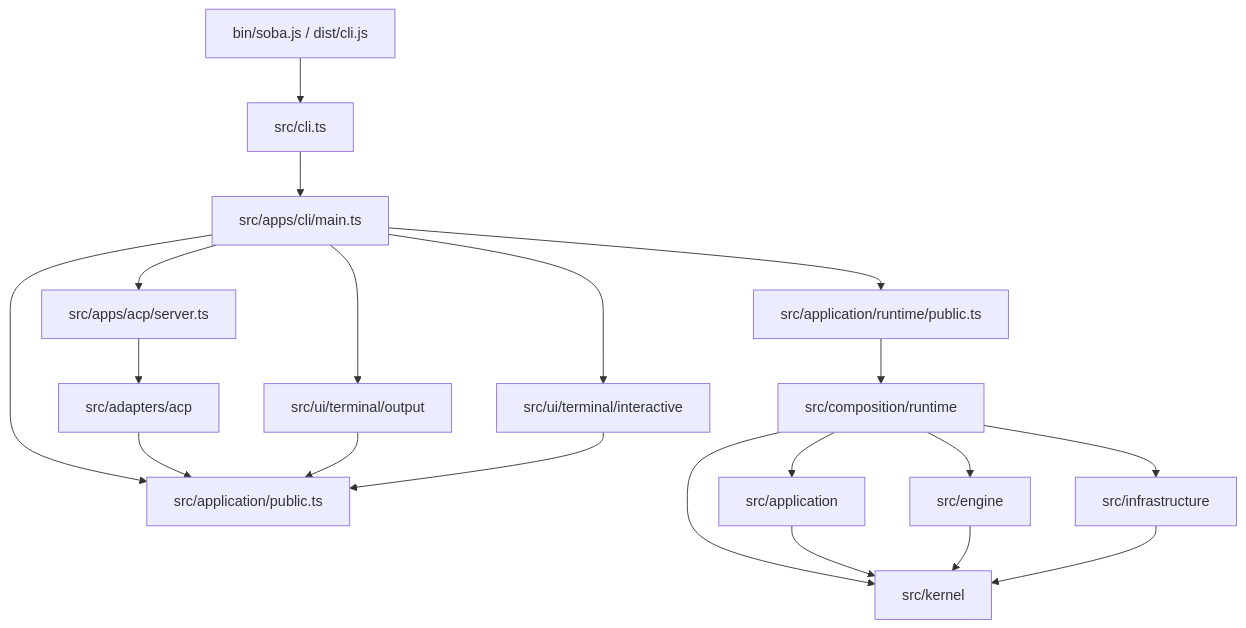
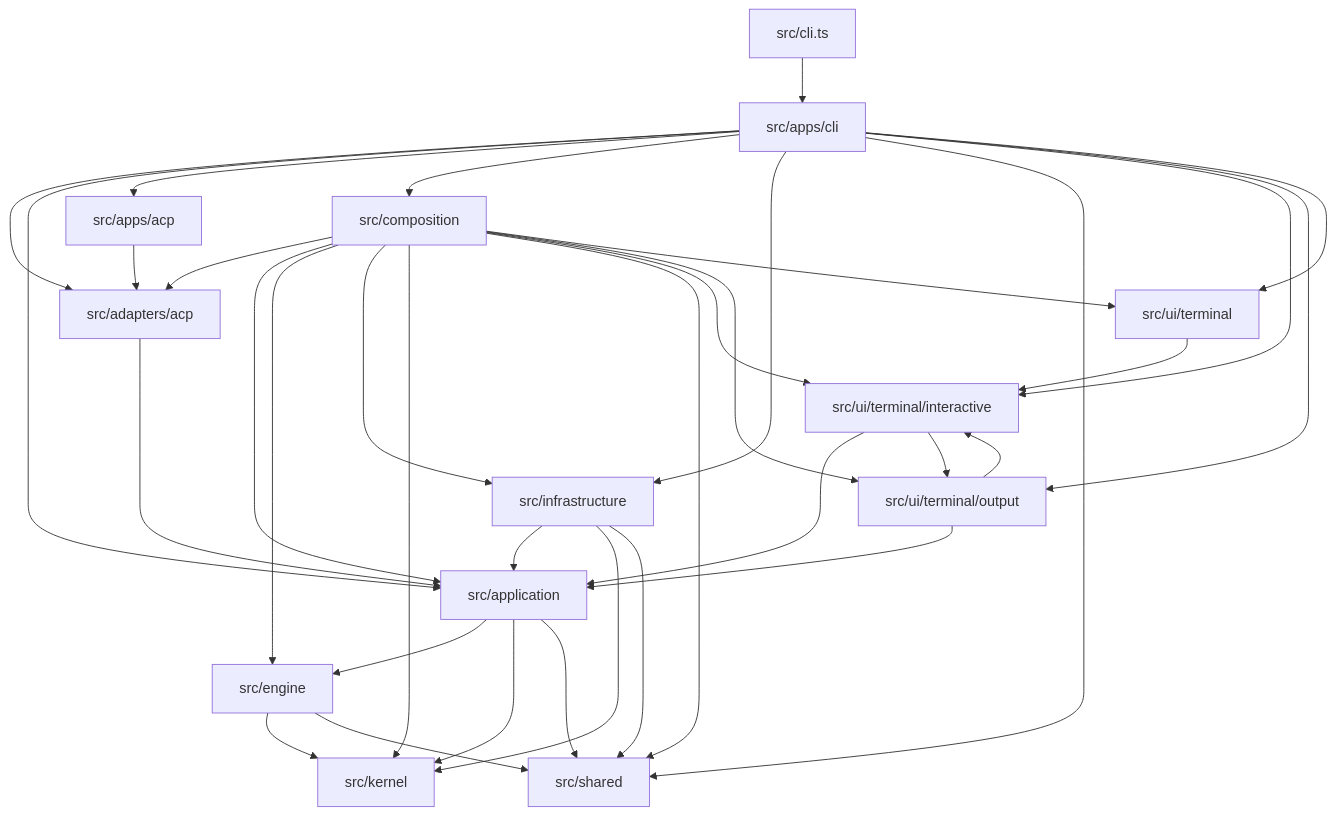
The diagram in ARCHITECTURE.md (avacadorun-dev/soba-agent), drawn with Mermaid before and after one commit. The commit also changed other lines of this file and 3 other files, not shown here.

Commit message:
chore: generate architecture dependency graph

````diff
--- a/ARCHITECTURE.md
+++ b/ARCHITECTURE.md
@@ -32,27 +37,51 @@
 ```mermaid
 flowchart TD
-  bin["bin/soba.js / dist/cli.js"] --> shim["src/cli.ts"]
-  shim --> cli["src/apps/cli/main.ts"]
+  cliShim["src/cli.ts"]
+  appsCli["src/apps/cli"]
+  appsAcp["src/apps/acp"]
+  adaptersAcp["src/adapters/acp"]
+  application["src/application"]
+  composition["src/composition"]
+  engine["src/engine"]
+  infrastructure["src/infrastructure"]
+  kernel["src/kernel"]
+  shared["src/shared"]
+  uiOutput["src/ui/terminal/output"]
+  uiInteractive["src/ui/terminal/interactive"]
+  uiTerminal["src/ui/terminal"]
 
-  cli --> appPublic["src/application/public.ts"]
-  cli --> runtimePublic["src/application/runtime/public.ts"]
-  cli --> output["src/ui/terminal/output"]
-  cli --> interactive["src/ui/terminal/interactive"]
-  cli --> acpHost["src/apps/acp/server.ts"]
-
-  acpHost --> acpAdapter["src/adapters/acp"]
-  acpAdapter --> appPublic
-
-  output --> appPublic
-  interactive --> appPublic
-
-  runtimePublic --> composition["src/composition/runtime"]
-  composition --> app["src/application"]
-  composition --> engine["src/engine"]
-  composition --> infra["src/infrastructure"]
-  composition --> kernel["src/kernel"]
-
-  app --> kernel
+  adaptersAcp --> application
+  application --> engine
+  application --> kernel
+  application --> shared
+  appsAcp --> adaptersAcp
+  appsCli --> adaptersAcp
+  appsCli --> application
+  appsCli --> appsAcp
+  appsCli --> composition
+  appsCli --> infrastructure
+  appsCli --> shared
+  appsCli --> uiInteractive
+  appsCli --> uiOutput
+  appsCli --> uiTerminal
+  cliShim --> appsCli
+  composition --> adaptersAcp
+  composition --> application
+  composition --> engine
+  composition --> infrastructure
+  composition --> kernel
+  composition --> shared
+  composition --> uiInteractive
+  composition --> uiOutput
+  composition --> uiTerminal
   engine --> kernel
-  infra --> kernel
+  engine --> shared
+  infrastructure --> application
+  infrastructure --> kernel
+  infrastructure --> shared
+  uiInteractive --> application
+  uiInteractive --> uiOutput
+  uiOutput --> application
+  uiOutput --> uiInteractive
+  uiTerminal --> uiInteractive
 ```
````
